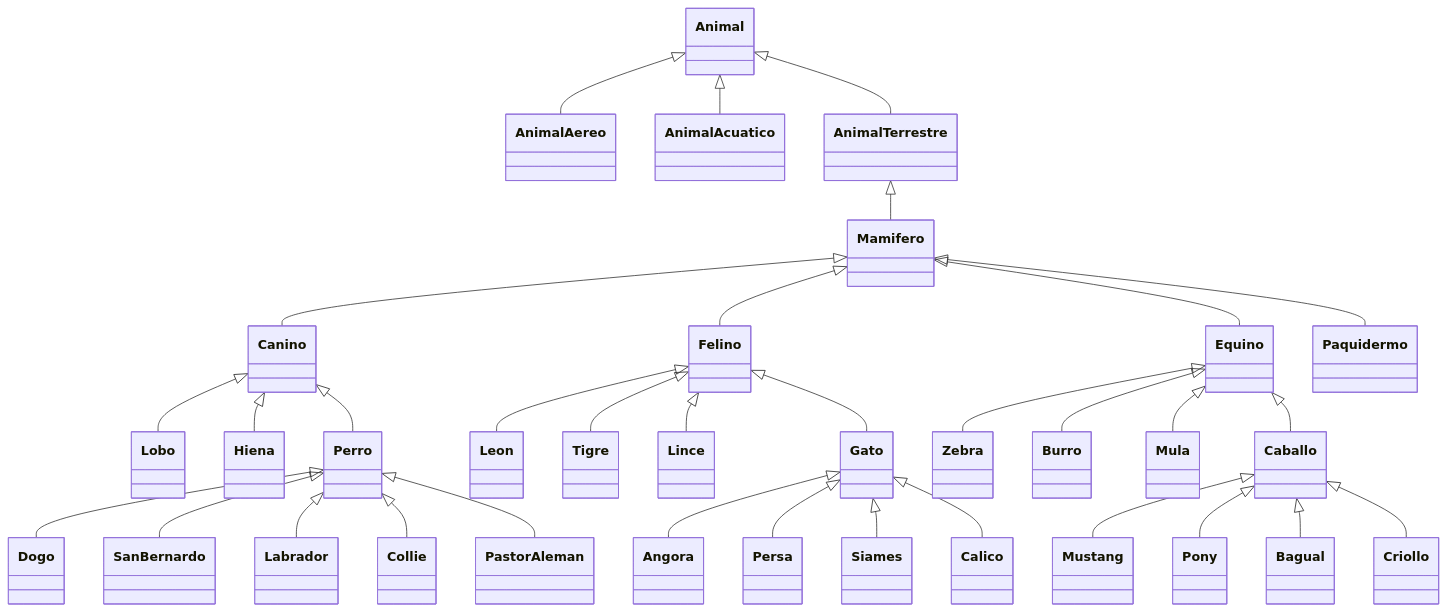
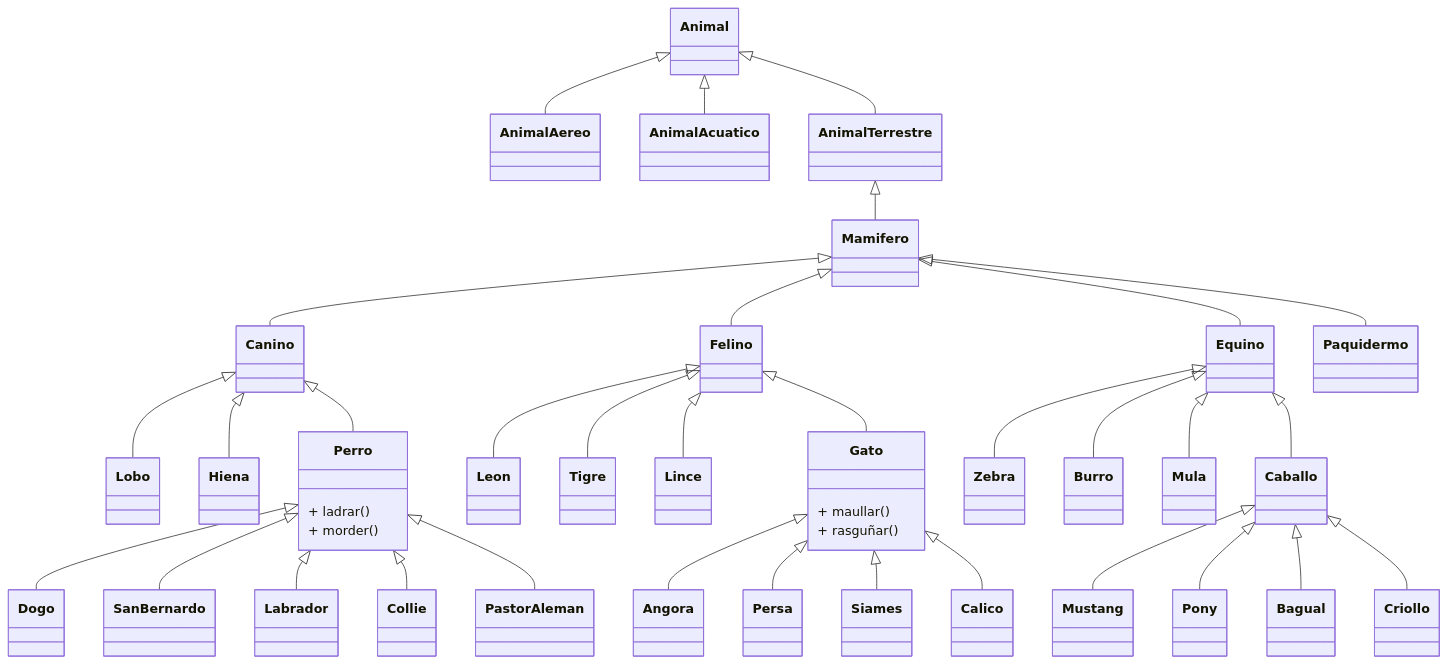
The second of 2 diagrams in examples/class.md (C215714N/EducacionIT), drawn with Mermaid before and after one commit. The commit also changed 1 other file, not shown here.

Commit message:
ejemplos de subclases y superclases con metodos

````diff
--- a/examples/class.md
+++ b/examples/class.md
@@ -41,41 +41,50 @@
 ```mermaid
 classDiagram
     Animal <|-- AnimalAereo
     Animal <|-- AnimalAcuatico
     Animal <|-- AnimalTerrestre
 
     AnimalTerrestre <|-- Mamifero
     Mamifero <|-- Canino
     Mamifero <|-- Felino
     Mamifero <|-- Equino
     Mamifero <|-- Paquidermo
 
     Canino <|-- Lobo
     Canino <|-- Hiena
     Canino <|-- Perro
     Perro <|-- Dogo
     Perro <|-- SanBernardo
     Perro <|-- Labrador
     Perro <|-- Collie
     Perro <|-- PastorAleman
 
     Felino <|-- Leon
     Felino <|-- Tigre
     Felino <|-- Lince
     Felino <|-- Gato
     
     Gato <|-- Angora
     Gato <|-- Persa
     Gato <|-- Siames
     Gato <|-- Calico
 
     Equino <|-- Zebra
     Equino <|-- Burro
     Equino <|-- Mula
     Equino <|-- Caballo
 
     Caballo <|-- Mustang
     Caballo <|-- Pony
     Caballo <|-- Bagual
     Caballo <|-- Criollo
+
+    class Perro{
+        + ladrar()
+        + morder()
+    }
+    class Gato{
+        + maullar()
+        + rasguñar()
+    }
 ```
````
